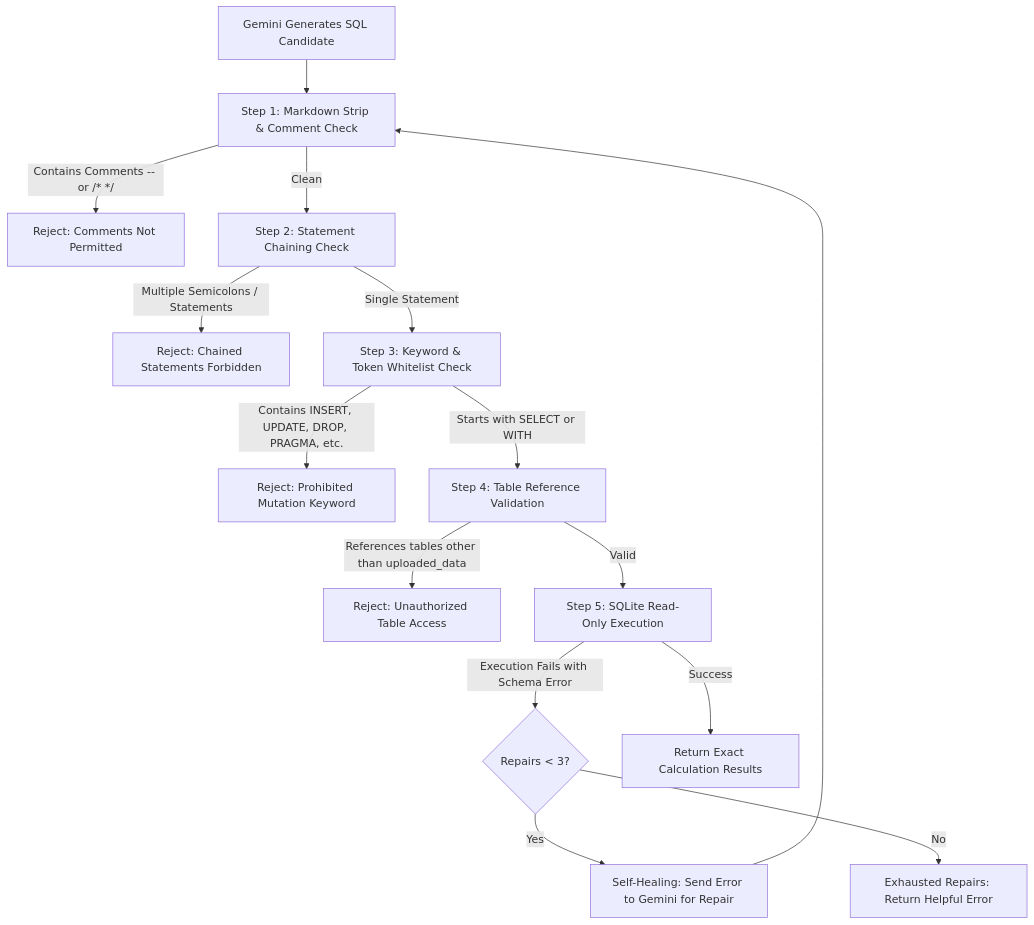
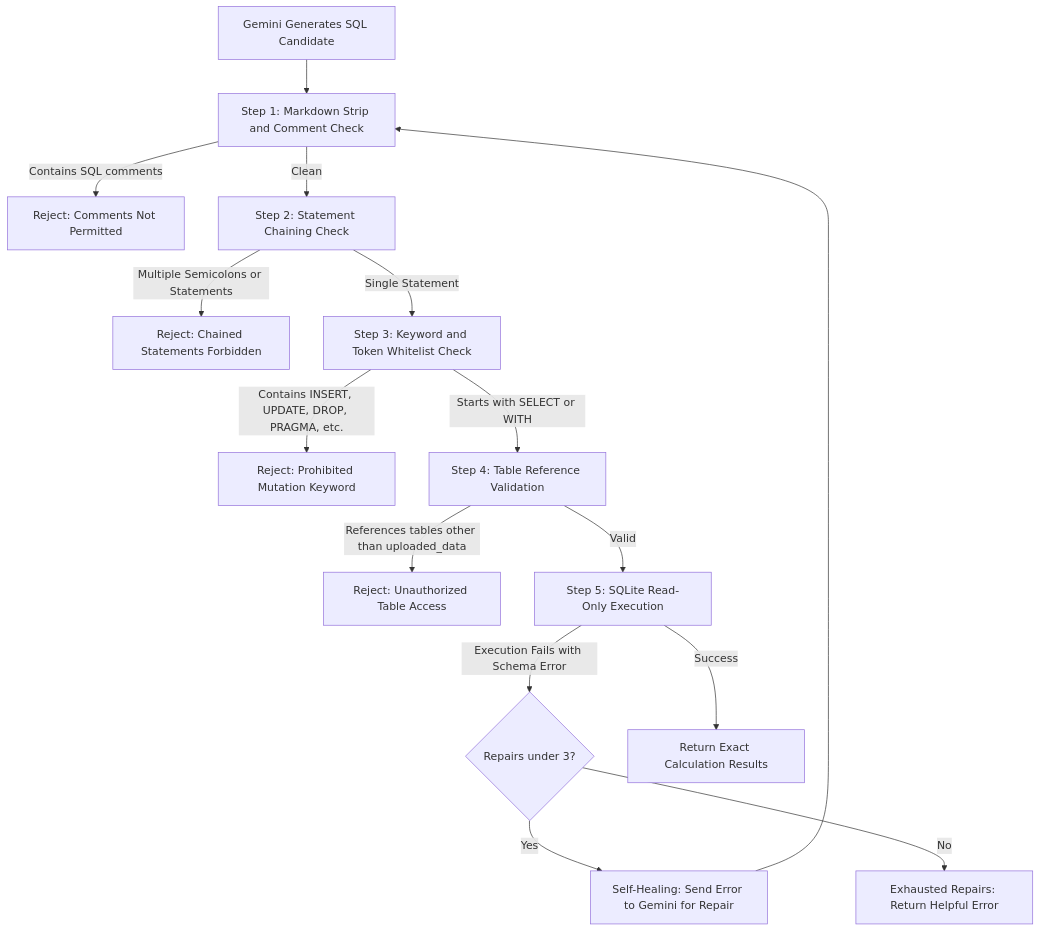
One commit to sankaran-s2001/VoiceCSV-Analytics-Agent changed the fifth of 8 diagrams in README.md. Above: the diagram before and after it, drawn with Mermaid. The commit also changed other lines of this file, not shown here.

Commit message:
fix(docs): resolve GitHub Mermaid diagram rendering errors and unescaped characters

````diff
--- a/README.md
+++ b/README.md
@@ -800,17 +800,17 @@
 ```mermaid
 flowchart TD
-    Candidate["Gemini Generates SQL Candidate"] --> Step1["Step 1: Markdown Strip & Comment Check"]
-    Step1 -->|Contains Comments -- or /* */| Block1["Reject: Comments Not Permitted"]
-    Step1 -->|Clean| Step2["Step 2: Statement Chaining Check"]
-    Step2 -->|Multiple Semicolons / Statements| Block2["Reject: Chained Statements Forbidden"]
-    Step2 -->|Single Statement| Step3["Step 3: Keyword & Token Whitelist Check"]
-    Step3 -->|Contains INSERT, UPDATE, DROP, PRAGMA, etc.| Block3["Reject: Prohibited Mutation Keyword"]
-    Step3 -->|Starts with SELECT or WITH| Step4["Step 4: Table Reference Validation"]
-    Step4 -->|References tables other than uploaded_data| Block4["Reject: Unauthorized Table Access"]
-    Step4 -->|Valid| Step5["Step 5: SQLite Read-Only Execution"]
-    Step5 -->|Execution Fails with Schema Error| RepairCheck{"Repairs < 3?"}
-    RepairCheck -->|Yes| Heal["Self-Healing: Send Error to Gemini for Repair"]
+    Candidate["Gemini Generates SQL Candidate"] --> Step1["Step 1: Markdown Strip and Comment Check"]
+    Step1 -->|"Contains SQL comments"| Block1["Reject: Comments Not Permitted"]
+    Step1 -->|"Clean"| Step2["Step 2: Statement Chaining Check"]
+    Step2 -->|"Multiple Semicolons or Statements"| Block2["Reject: Chained Statements Forbidden"]
+    Step2 -->|"Single Statement"| Step3["Step 3: Keyword and Token Whitelist Check"]
+    Step3 -->|"Contains INSERT, UPDATE, DROP, PRAGMA, etc."| Block3["Reject: Prohibited Mutation Keyword"]
+    Step3 -->|"Starts with SELECT or WITH"| Step4["Step 4: Table Reference Validation"]
+    Step4 -->|"References tables other than uploaded_data"| Block4["Reject: Unauthorized Table Access"]
+    Step4 -->|"Valid"| Step5["Step 5: SQLite Read-Only Execution"]
+    Step5 -->|"Execution Fails with Schema Error"| RepairCheck{"Repairs under 3?"}
+    RepairCheck -->|"Yes"| Heal["Self-Healing: Send Error to Gemini for Repair"]
     Heal --> Step1
-    RepairCheck -->|No| Fail["Exhausted Repairs: Return Helpful Error"]
-    Step5 -->|Success| Success["Return Exact Calculation Results"]
+    RepairCheck -->|"No"| Fail["Exhausted Repairs: Return Helpful Error"]
+    Step5 -->|"Success"| Success["Return Exact Calculation Results"]
 ```
````
